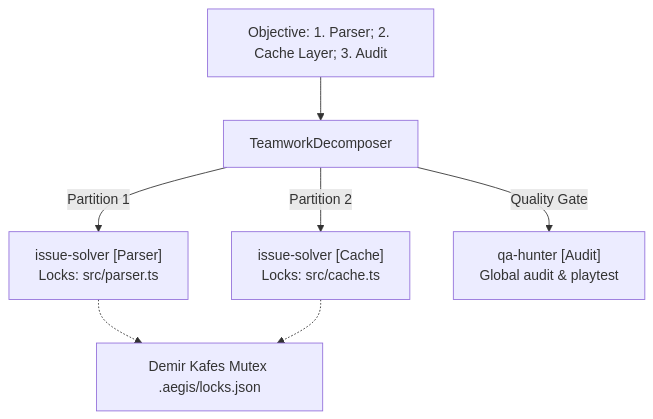
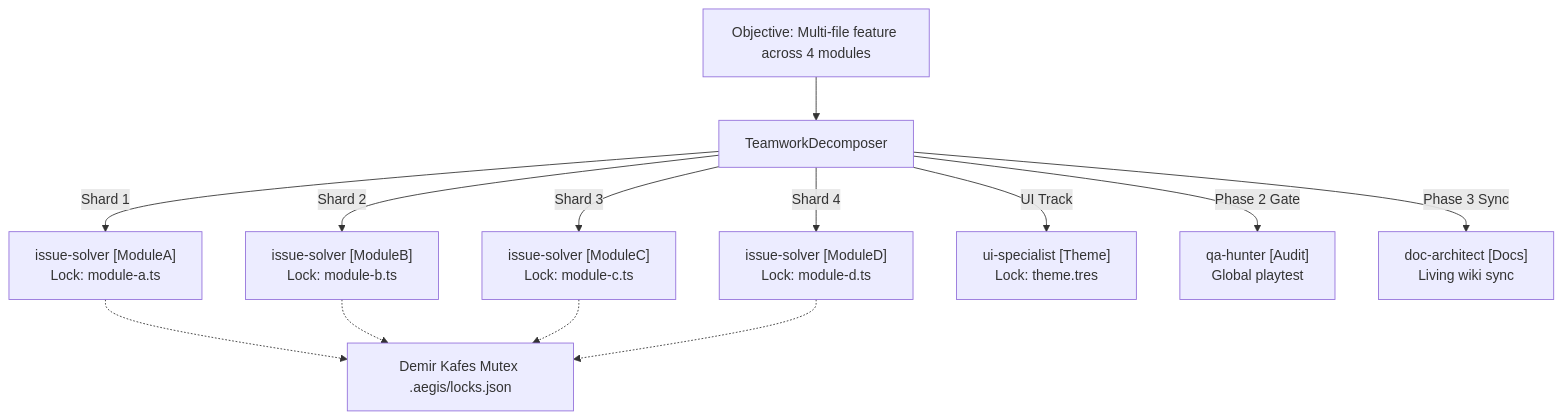
One commit to frkntlr/aegis changed the third of 3 diagrams in docs/TEAMWORK.md. Above: the diagram before and after it, drawn with Mermaid. The commit also changed other lines of this file and 1 other file, not shown here.

Commit message:
docs(teamwork): living architecture update from subagent doc-architect

````diff
--- a/docs/TEAMWORK.md
+++ b/docs/TEAMWORK.md
@@ -137,9 +175,15 @@
 ```mermaid
 graph TD
-    Goal["Objective: 1. Parser; 2. Cache Layer; 3. Audit"] --> Dec[TeamworkDecomposer]
-    Dec -->|Partition 1| S1["issue-solver [Parser]<br/>Locks: src/parser.ts"]
-    Dec -->|Partition 2| S2["issue-solver [Cache]<br/>Locks: src/cache.ts"]
-    Dec -->|Quality Gate| QA["qa-hunter [Audit]<br/>Global audit & playtest"]
+    Goal["Objective: Multi-file feature across 4 modules"] --> Dec[TeamworkDecomposer]
+    Dec -->|Shard 1| S1["issue-solver [ModuleA]<br/>Lock: module-a.ts"]
+    Dec -->|Shard 2| S2["issue-solver [ModuleB]<br/>Lock: module-b.ts"]
+    Dec -->|Shard 3| S3["issue-solver [ModuleC]<br/>Lock: module-c.ts"]
+    Dec -->|Shard 4| S4["issue-solver [ModuleD]<br/>Lock: module-d.ts"]
+    Dec -->|UI Track| UI["ui-specialist [Theme]<br/>Lock: theme.tres"]
+    Dec -->|Phase 2 Gate| QA["qa-hunter [Audit]<br/>Global playtest"]
+    Dec -->|Phase 3 Sync| Doc["doc-architect [Docs]<br/>Living wiki sync"]
     S1 -.-> Mutex[Demir Kafes Mutex .aegis/locks.json]
     S2 -.-> Mutex
+    S3 -.-> Mutex
+    S4 -.-> Mutex
 ```
````
